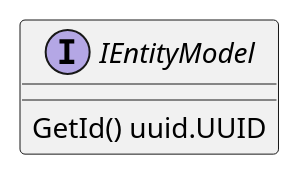
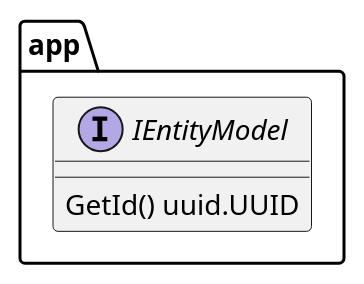
The diagram in docs/plantuml/interfaces/IEntityModel.puml (lf-edge/rol), drawn with PlantUML before and after one commit. The commit also changed 26 other files, not shown here.

```diff
--- a/docs/plantuml/interfaces/IEntityModel.puml
+++ b/docs/plantuml/interfaces/IEntityModel.puml
@@ -1,5 +1,9 @@
 @startuml IEntityModel
-interface IEntityModel {
-    GetId() uuid.UUID
+
+package app {
+    interface IEntityModel {
+        GetId() uuid.UUID
+    }
 }
+
 @enduml
```
